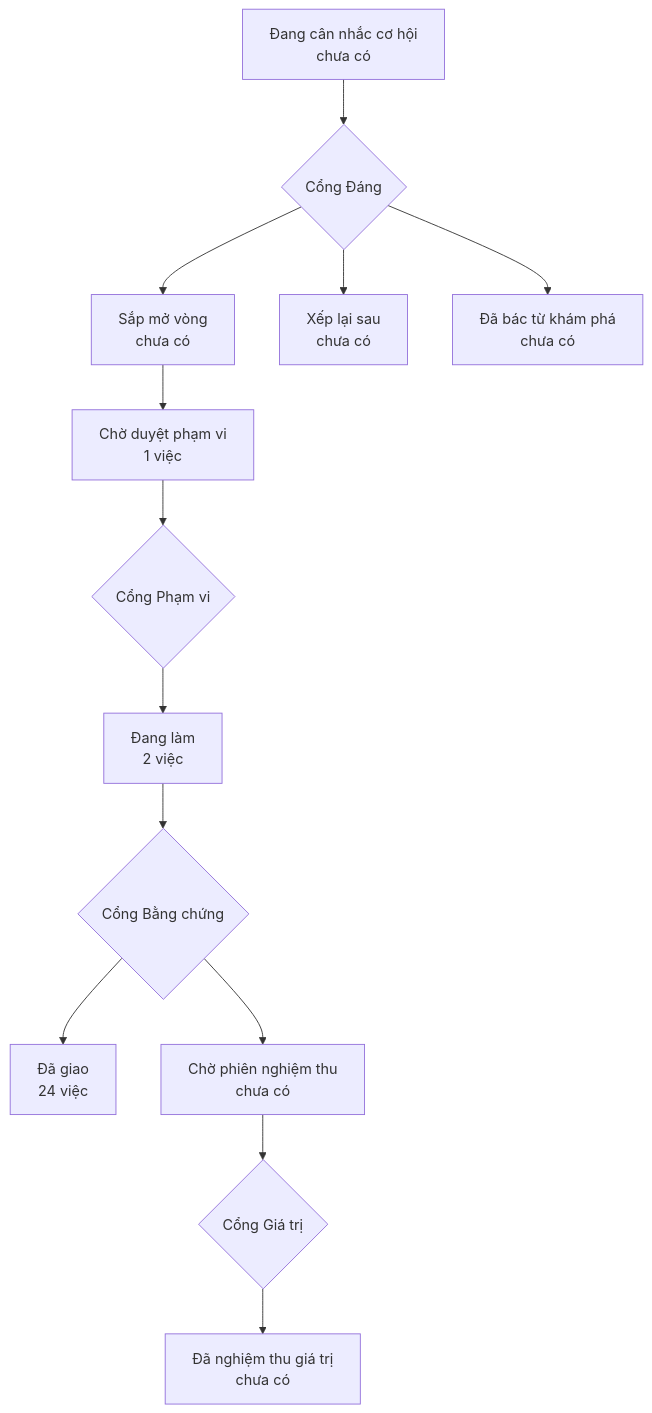
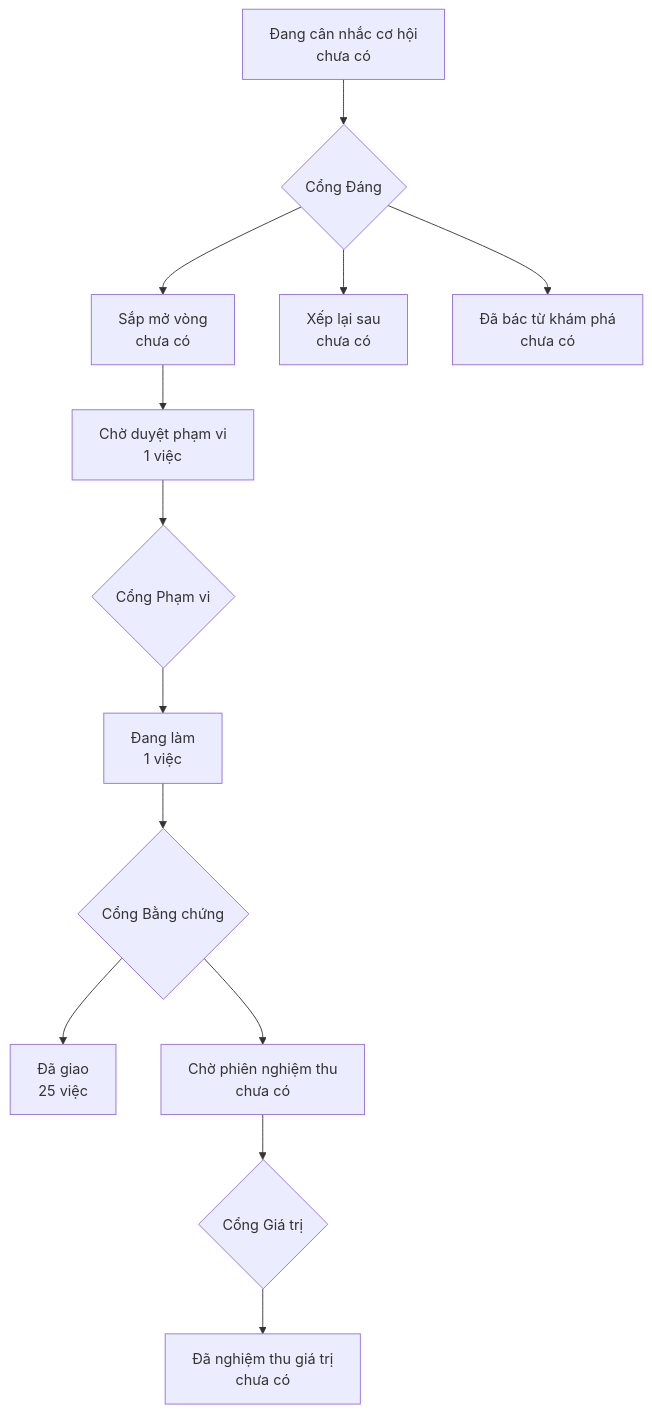
Before and after one commit to phanlemanh/acceptance-gate-kit: the diagram in PRODUCT-MAP.md, drawn with Mermaid. The commit also changed 1 other file, not shown here.

Commit message:
chore(matrix-measure-law): lật status implemented → signed-off khớp chữ ký Cổng 2 đã có (fb5b3fe, 05/08) — hồ sơ ghi dở làm thẻ /start xếp nhầm 'đang dở S4'

````diff
--- a/PRODUCT-MAP.md
+++ b/PRODUCT-MAP.md
@@ -6,12 +6,12 @@
 ```mermaid
 flowchart TD
   A["Đang cân nhắc cơ hội<br/>chưa có"] --> GD{"Cổng Đáng"}
   GD --> B["Sắp mở vòng<br/>chưa có"]
   GD --> XL["Xếp lại sau<br/>chưa có"]
   GD --> DB["Đã bác từ khám phá<br/>chưa có"]
   B --> CD["Chờ duyệt phạm vi<br/>1 việc"] --> GP{"Cổng Phạm vi"}
-  GP --> DL["Đang làm<br/>2 việc"] --> GB{"Cổng Bằng chứng"}
-  GB --> DG["Đã giao<br/>24 việc"]
+  GP --> DL["Đang làm<br/>1 việc"] --> GB{"Cổng Bằng chứng"}
+  GB --> DG["Đã giao<br/>25 việc"]
   GB --> CN["Chờ phiên nghiệm thu<br/>chưa có"] --> GG{"Cổng Giá trị"}
   GG --> NT["Đã nghiệm thu giá trị<br/>chưa có"]
 ```
````
